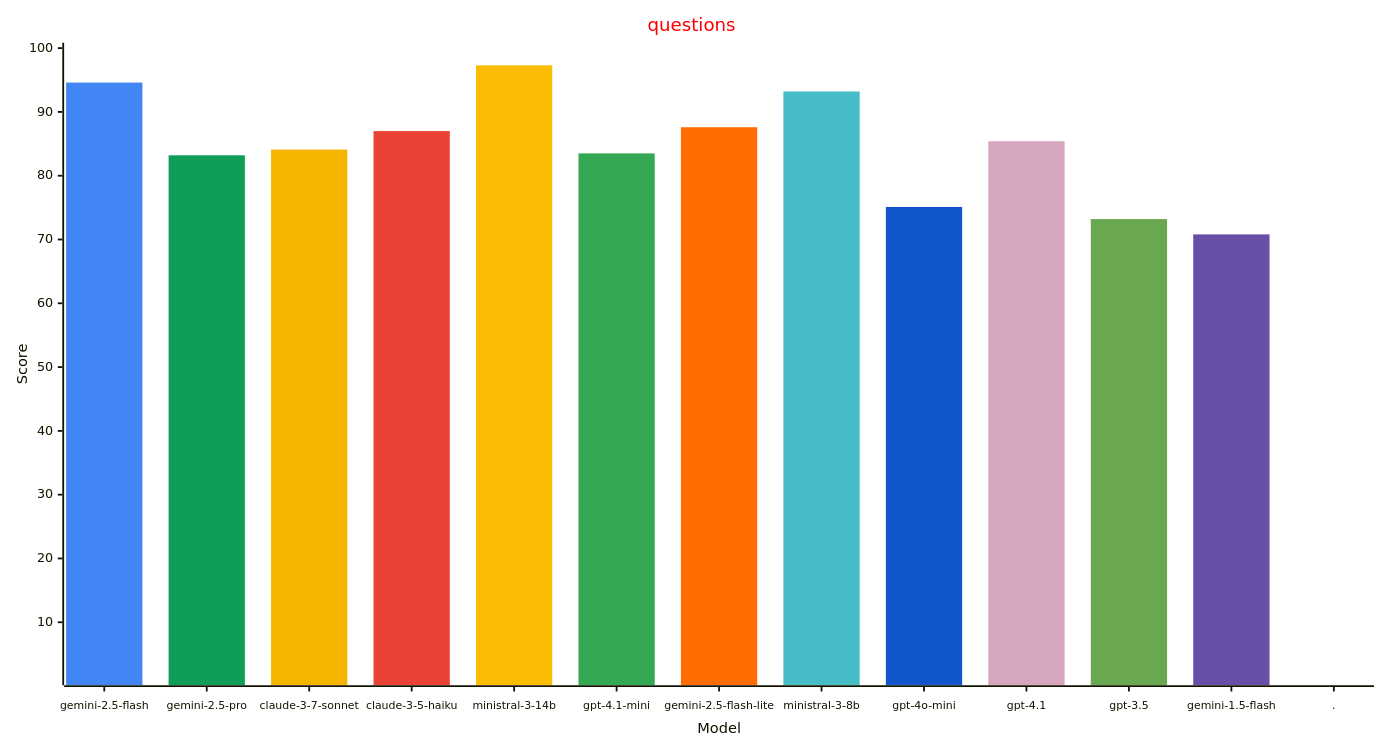
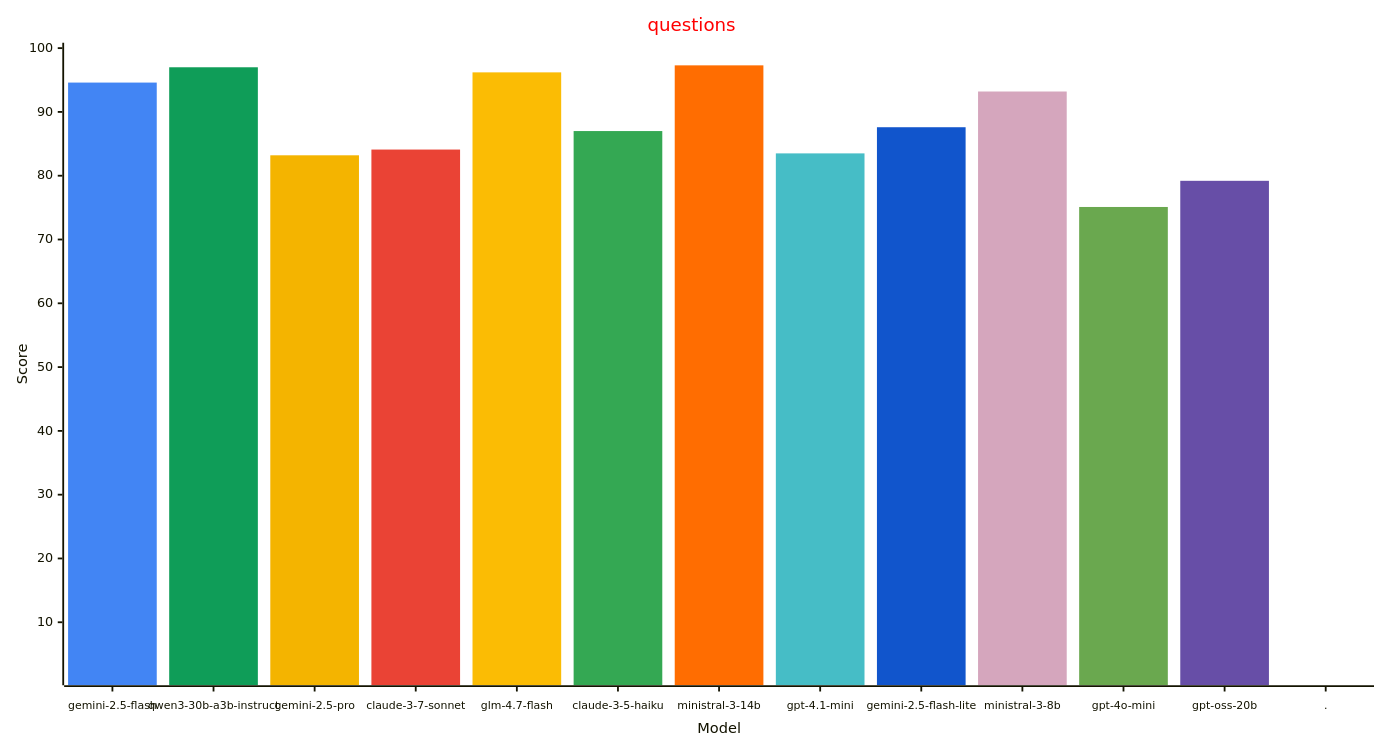
One commit to allenporter/home-assistant-datasets changed the third of 4 diagrams in reports/README.md. Above: the diagram before and after it, drawn with Mermaid. The commit also changed other lines of this file and 8450 other files, not shown here.

````diff
--- a/reports/README.md
+++ b/reports/README.md
@@ -175,34 +162,33 @@
 ```mermaid
 ---
 config:
     xyChart:
         width: 1500
         height: 800
         xAxis:
           labelFontSize: 12
           labelPadding: 8
     themeVariables:
         xyChart:
             titleColor: "#ff0000"
             plotColorPalette: "#4285f4, #0f9d58, #f4b400, #ea4335, #fbbc04, #34a853, #ff6d01, #46bdc6, #1155cc, #d5a6bd, #6aa84f, #674ea7, #4285f4"
 
-
 ---
 xychart-beta
   title "questions"
-  x-axis "Model" [gemini-2.5-flash, gemini-2.5-pro, claude-3-7-sonnet, claude-3-5-haiku, ministral-3-14b, gpt-4.1-mini, gemini-2.5-flash-lite, ministral-3-8b, gpt-4o-mini, gpt-4.1, gpt-3.5, gemini-1.5-flash, .]
+  x-axis "Model" [gemini-2.5-flash, qwen3-30b-a3b-instruct, gemini-2.5-pro, claude-3-7-sonnet, glm-4.7-flash, claude-3-5-haiku, ministral-3-14b, gpt-4.1-mini, gemini-2.5-flash-lite, ministral-3-8b, gpt-4o-mini, gpt-oss-20b, .]
   y-axis "Score" 1 --> 100
   bar [94.6, 0.0, 0.0, 0.0, 0.0, 0.0, 0.0, 0.0, 0.0, 0.0, 0.0, 0.0, 0.0]
-  bar [0.0, 83.2, 0.0, 0.0, 0.0, 0.0, 0.0, 0.0, 0.0, 0.0, 0.0, 0.0, 0.0]
-  bar [0.0, 0.0, 84.1, 0.0, 0.0, 0.0, 0.0, 0.0, 0.0, 0.0, 0.0, 0.0, 0.0]
-  bar [0.0, 0.0, 0.0, 87.0, 0.0, 0.0, 0.0, 0.0, 0.0, 0.0, 0.0, 0.0, 0.0]
-  bar [0.0, 0.0, 0.0, 0.0, 97.3, 0.0, 0.0, 0.0, 0.0, 0.0, 0.0, 0.0, 0.0]
-  bar [0.0, 0.0, 0.0, 0.0, 0.0, 83.5, 0.0, 0.0, 0.0, 0.0, 0.0, 0.0, 0.0]
-  bar [0.0, 0.0, 0.0, 0.0, 0.0, 0.0, 87.6, 0.0, 0.0, 0.0, 0.0, 0.0, 0.0]
-  bar [0.0, 0.0, 0.0, 0.0, 0.0, 0.0, 0.0, 93.2, 0.0, 0.0, 0.0, 0.0, 0.0]
-  bar [0.0, 0.0, 0.0, 0.0, 0.0, 0.0, 0.0, 0.0, 75.1, 0.0, 0.0, 0.0, 0.0]
-  bar [0.0, 0.0, 0.0, 0.0, 0.0, 0.0, 0.0, 0.0, 0.0, 85.4, 0.0, 0.0, 0.0]
-  bar [0.0, 0.0, 0.0, 0.0, 0.0, 0.0, 0.0, 0.0, 0.0, 0.0, 73.2, 0.0, 0.0]
-  bar [0.0, 0.0, 0.0, 0.0, 0.0, 0.0, 0.0, 0.0, 0.0, 0.0, 0.0, 70.8, 0.0]
+  bar [0.0, 97.0, 0.0, 0.0, 0.0, 0.0, 0.0, 0.0, 0.0, 0.0, 0.0, 0.0, 0.0]
+  bar [0.0, 0.0, 83.2, 0.0, 0.0, 0.0, 0.0, 0.0, 0.0, 0.0, 0.0, 0.0, 0.0]
+  bar [0.0, 0.0, 0.0, 84.1, 0.0, 0.0, 0.0, 0.0, 0.0, 0.0, 0.0, 0.0, 0.0]
+  bar [0.0, 0.0, 0.0, 0.0, 96.2, 0.0, 0.0, 0.0, 0.0, 0.0, 0.0, 0.0, 0.0]
+  bar [0.0, 0.0, 0.0, 0.0, 0.0, 87.0, 0.0, 0.0, 0.0, 0.0, 0.0, 0.0, 0.0]
+  bar [0.0, 0.0, 0.0, 0.0, 0.0, 0.0, 97.3, 0.0, 0.0, 0.0, 0.0, 0.0, 0.0]
+  bar [0.0, 0.0, 0.0, 0.0, 0.0, 0.0, 0.0, 83.5, 0.0, 0.0, 0.0, 0.0, 0.0]
+  bar [0.0, 0.0, 0.0, 0.0, 0.0, 0.0, 0.0, 0.0, 87.6, 0.0, 0.0, 0.0, 0.0]
+  bar [0.0, 0.0, 0.0, 0.0, 0.0, 0.0, 0.0, 0.0, 0.0, 93.2, 0.0, 0.0, 0.0]
+  bar [0.0, 0.0, 0.0, 0.0, 0.0, 0.0, 0.0, 0.0, 0.0, 0.0, 75.1, 0.0, 0.0]
+  bar [0.0, 0.0, 0.0, 0.0, 0.0, 0.0, 0.0, 0.0, 0.0, 0.0, 0.0, 79.2, 0.0]
   bar [0.0, 0.0, 0.0, 0.0, 0.0, 0.0, 0.0, 0.0, 0.0, 0.0, 0.0, 0.0, -1.0]
 ```
````
